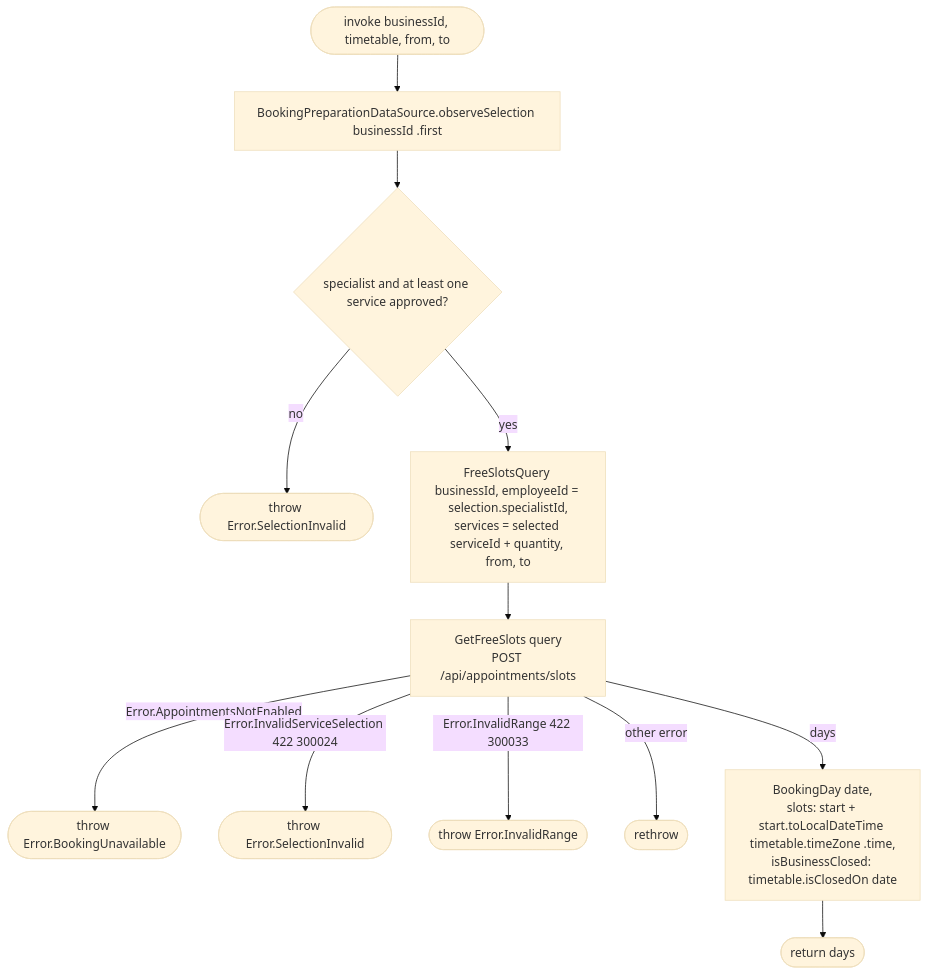
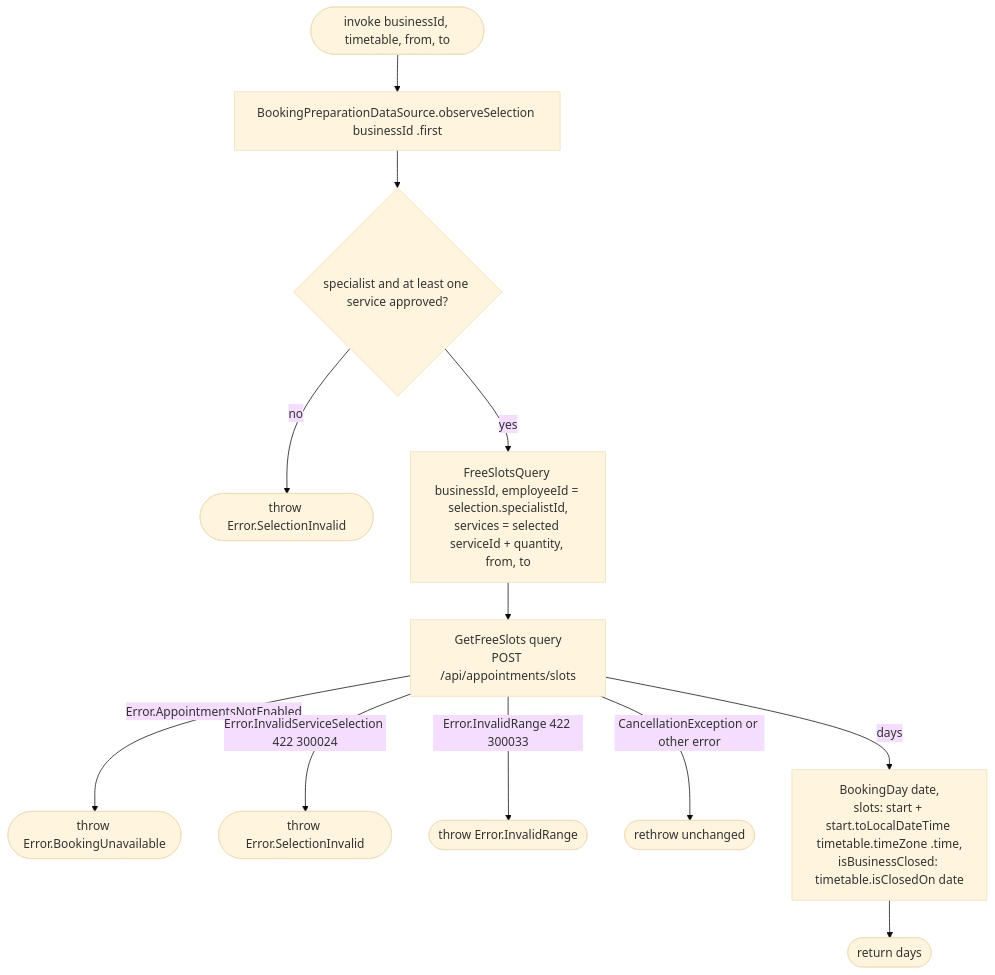
One commit to nocturneproperties/bookkme-client changed the diagram in docs/operations/booking/get-booking-slots.md. Above: the diagram before and after it, drawn with Mermaid (base theme). The commit also changed 88 other files, not shown here.

````diff
--- a/docs/operations/booking/get-booking-slots.md
+++ b/docs/operations/booking/get-booking-slots.md
@@ -18,14 +18,14 @@
 ```mermaid
 flowchart TD
     Start([invoke businessId, timetable, from, to]) --> Sel[BookingPreparationDataSource.observeSelection businessId .first]
     Sel --> Complete{specialist and at least one service approved?}
     Complete -- no --> E0([throw Error.SelectionInvalid])
     Complete -- yes --> Query[FreeSlotsQuery businessId, employeeId = selection.specialistId,<br/>services = selected serviceId + quantity, from, to]
     Query --> Free[GetFreeSlots query<br/>POST /api/appointments/slots]
     Free -- Error.AppointmentsNotEnabled --> E1([throw Error.BookingUnavailable])
     Free -- Error.InvalidServiceSelection 422 300024 --> E2([throw Error.SelectionInvalid])
     Free -- Error.InvalidRange 422 300033 --> E3([throw Error.InvalidRange])
-    Free -- other error --> E4([rethrow])
+    Free -- CancellationException or other error --> E4([rethrow unchanged])
     Free -- days --> Map[BookingDay date,<br/>slots: start + start.toLocalDateTime timetable.timeZone .time,<br/>isBusinessClosed: timetable.isClosedOn date]
     Map --> Done([return days])
 ```
````
